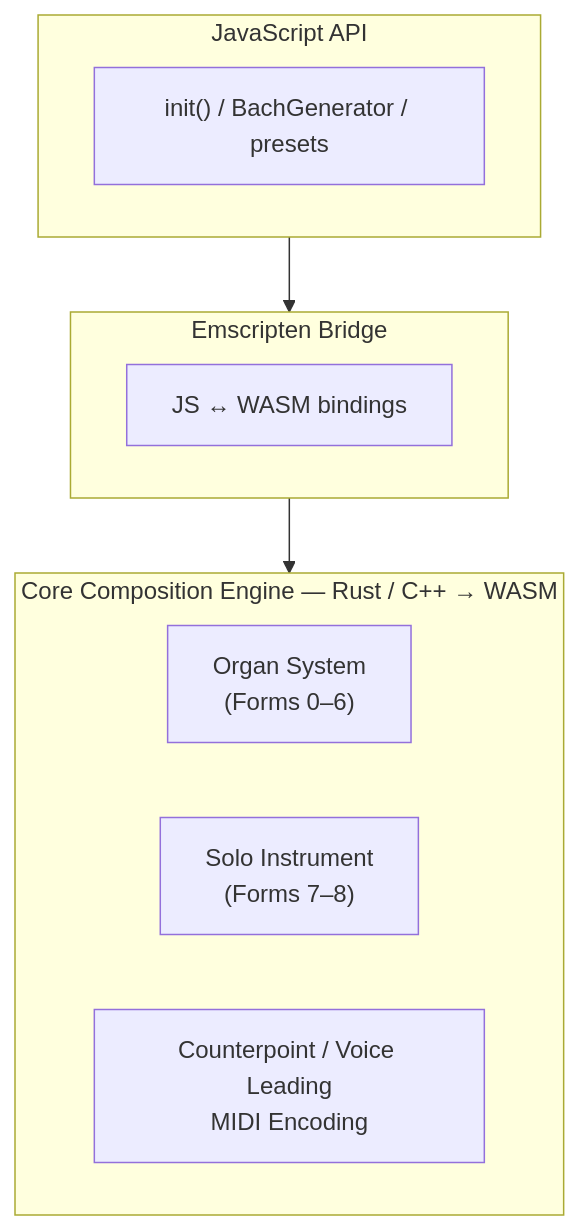
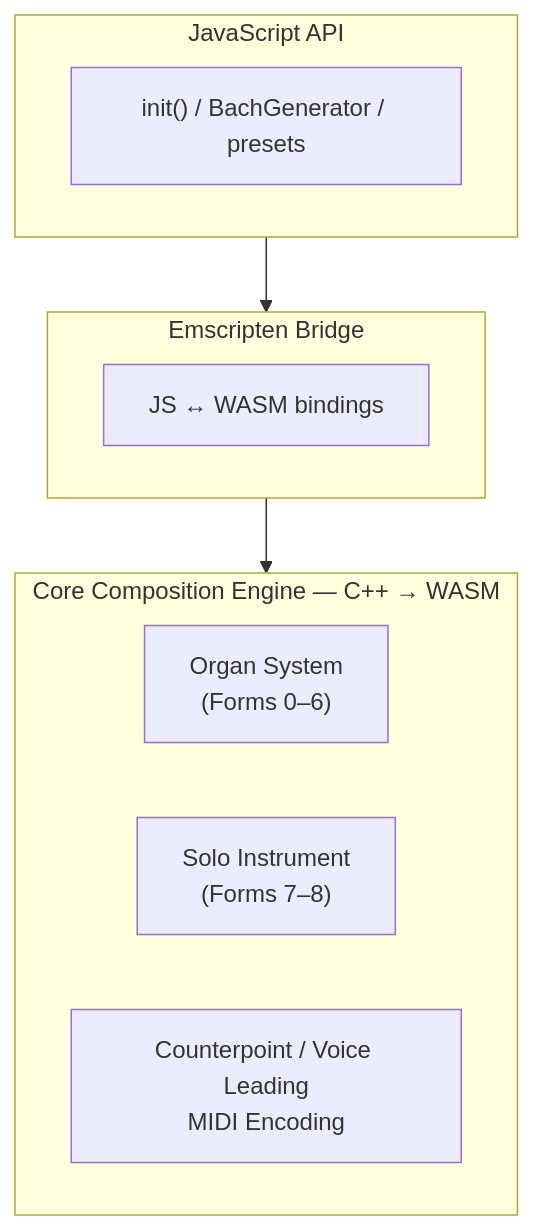
The first of 2 diagrams in src/docs/architecture.md (libraz/midi-sketch-bach-homepage), drawn with Mermaid before and after one commit. The commit also changed 12 other files, not shown here.

````diff
--- a/src/docs/architecture.md
+++ b/src/docs/architecture.md
@@ -16,15 +16,15 @@
 ```mermaid
 graph TD
     subgraph JS["JavaScript API"]
         A["init() / BachGenerator / presets"]
     end
     subgraph EM["Emscripten Bridge"]
         B["JS ↔ WASM bindings"]
     end
-    subgraph CORE["Core Composition Engine — Rust / C++ → WASM"]
+    subgraph CORE["Core Composition Engine — C++ → WASM"]
         C["Organ System<br>(Forms 0–6)"]
         D["Solo Instrument<br>(Forms 7–8)"]
         E["Counterpoint / Voice Leading<br>MIDI Encoding"]
     end
     JS --> EM --> CORE
 ```
````
